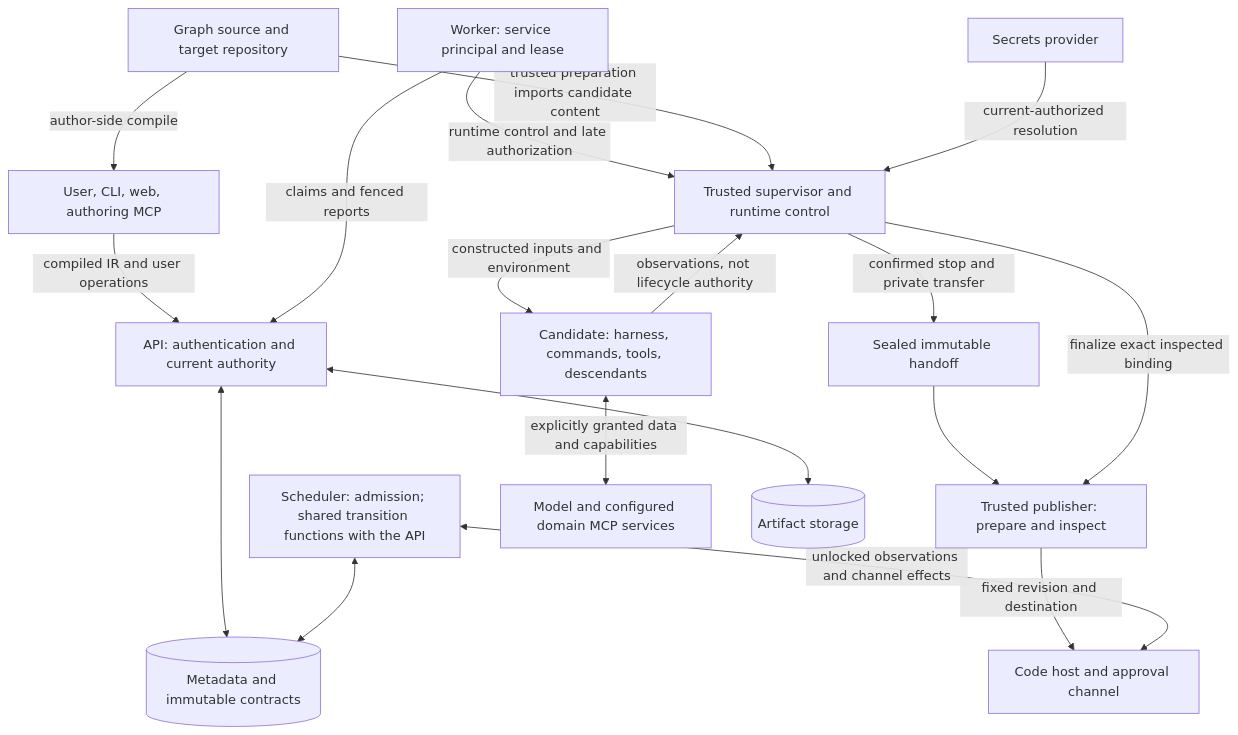
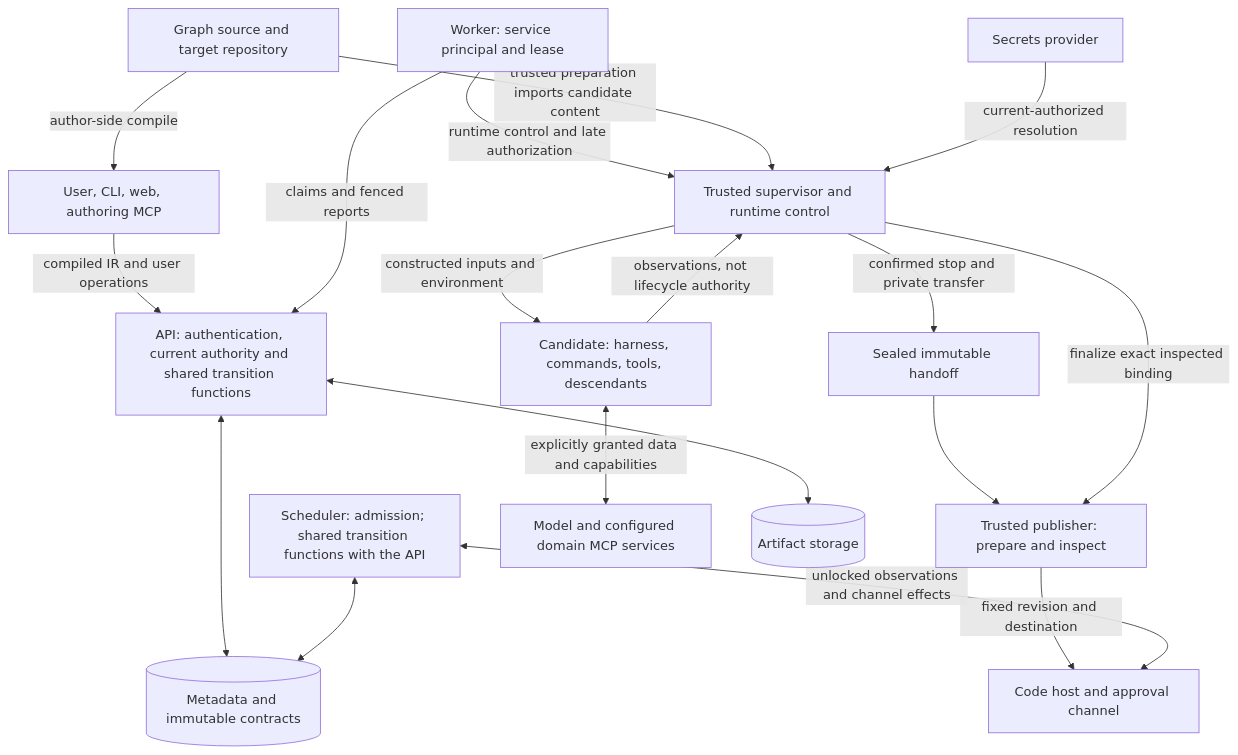
One commit to realkarych/kora changed the diagram in docs/threat-model.md. Above: the diagram before and after it, drawn with Mermaid. The commit also changed other lines of this file and 6 other files, not shown here.

````diff
--- a/docs/threat-model.md
+++ b/docs/threat-model.md
@@ -51,34 +51,34 @@
 ```mermaid
 flowchart TB
     user["User, CLI, web, authoring MCP"]
     repo["Graph source and target repository"]
-    api["API: authentication and current authority"]
+    api["API: authentication, current authority and shared transition functions"]
     db[("Metadata and immutable contracts")]
     scheduler["Scheduler: admission; shared transition functions with the API"]
     worker["Worker: service principal and lease"]
     supervisor["Trusted supervisor and runtime control"]
     candidate["Candidate: harness, commands, tools, descendants"]
     handoff["Sealed immutable handoff"]
     publisher["Trusted publisher: prepare and inspect"]
     host["Code host and approval channel"]
     external["Model and configured domain MCP services"]
     secrets["Secrets provider"]
     storage[("Artifact storage")]
     repo -->|"author-side compile"| user
     user -->|"compiled IR and user operations"| api
     api <--> db
     scheduler <--> db
     worker -->|"claims and fenced reports"| api
     worker -->|"runtime control and late authorization"| supervisor
     repo -->|"trusted preparation imports candidate content"| supervisor
     supervisor -->|"constructed inputs and environment"| candidate
     secrets -->|"current-authorized resolution"| supervisor
     candidate -->|"observations, not lifecycle authority"| supervisor
     supervisor -->|"confirmed stop and private transfer"| handoff
     handoff --> publisher
     supervisor -->|"finalize exact inspected binding"| publisher
     publisher -->|"fixed revision and destination"| host
     scheduler <-->|"unlocked observations and channel effects"| host
     candidate <-->|"explicitly granted data and capabilities"| external
     api <--> storage
 ```
````
